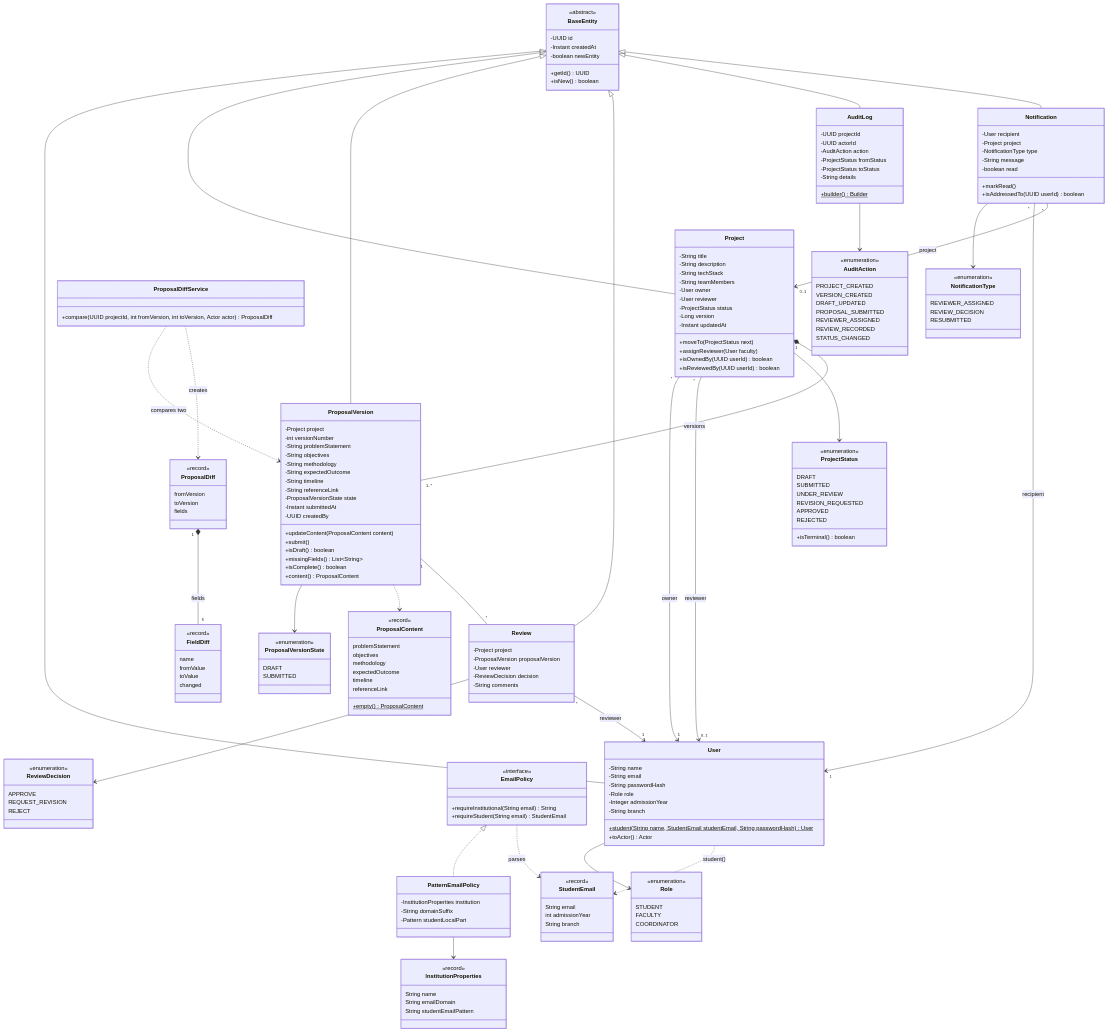
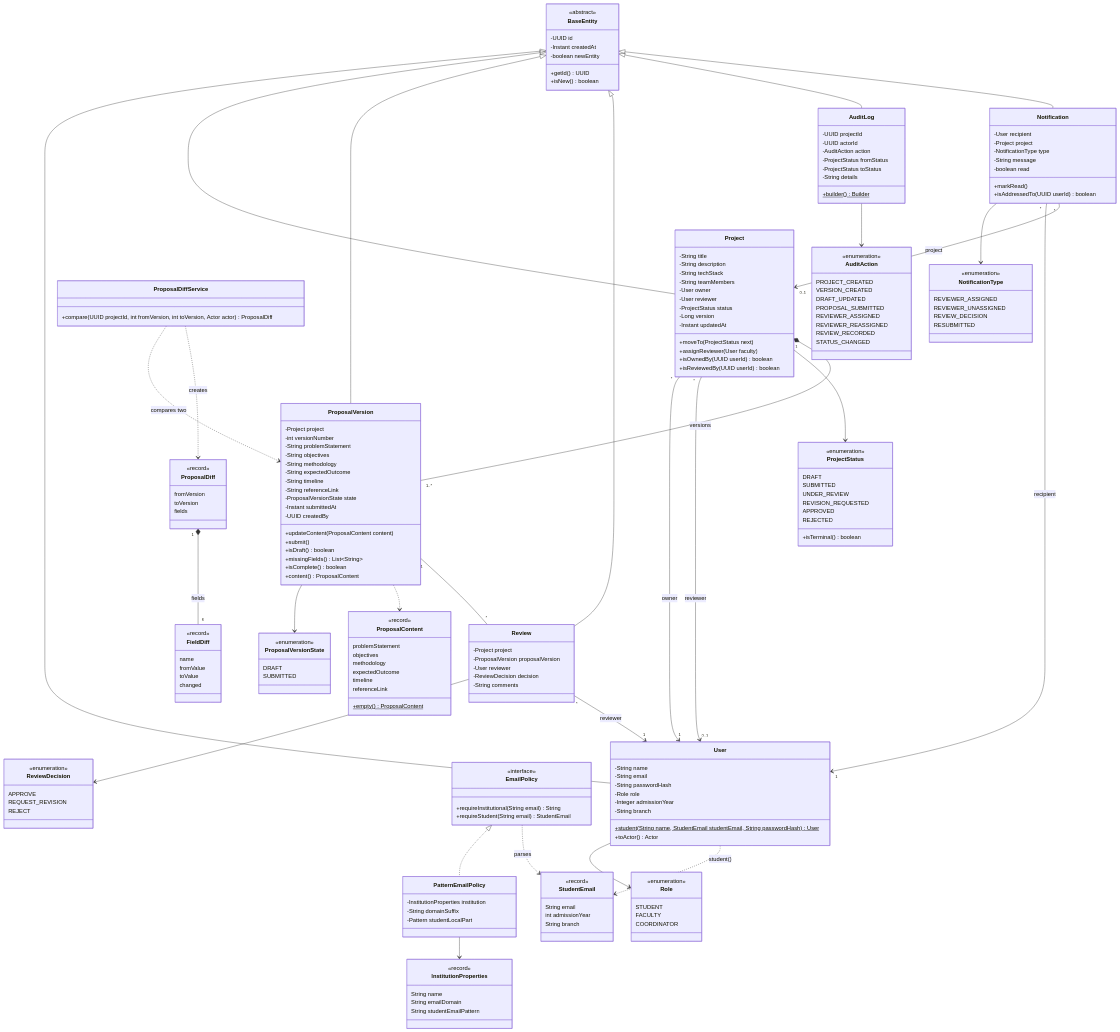
One commit to udita-0707/Prastaav changed the second of 11 diagrams in docs/diagrams.md. Above: the diagram before and after it, drawn with Mermaid. The commit also changed other lines of this file and 8 other files, not shown here.

Commit message:
docs(project): reviewer reassignment transition, contract and diagrams

```diff
--- a/docs/diagrams.md
+++ b/docs/diagrams.md
@@ -184,6 +184,7 @@
     DRAFT_UPDATED
     PROPOSAL_SUBMITTED
     REVIEWER_ASSIGNED
+    REVIEWER_REASSIGNED
     REVIEW_RECORDED
     STATUS_CHANGED
   }
@@ -199,6 +200,7 @@
   class NotificationType {
     <<enumeration>>
     REVIEWER_ASSIGNED
+    REVIEWER_UNASSIGNED
     REVIEW_DECISION
     RESUBMITTED
   }
```
